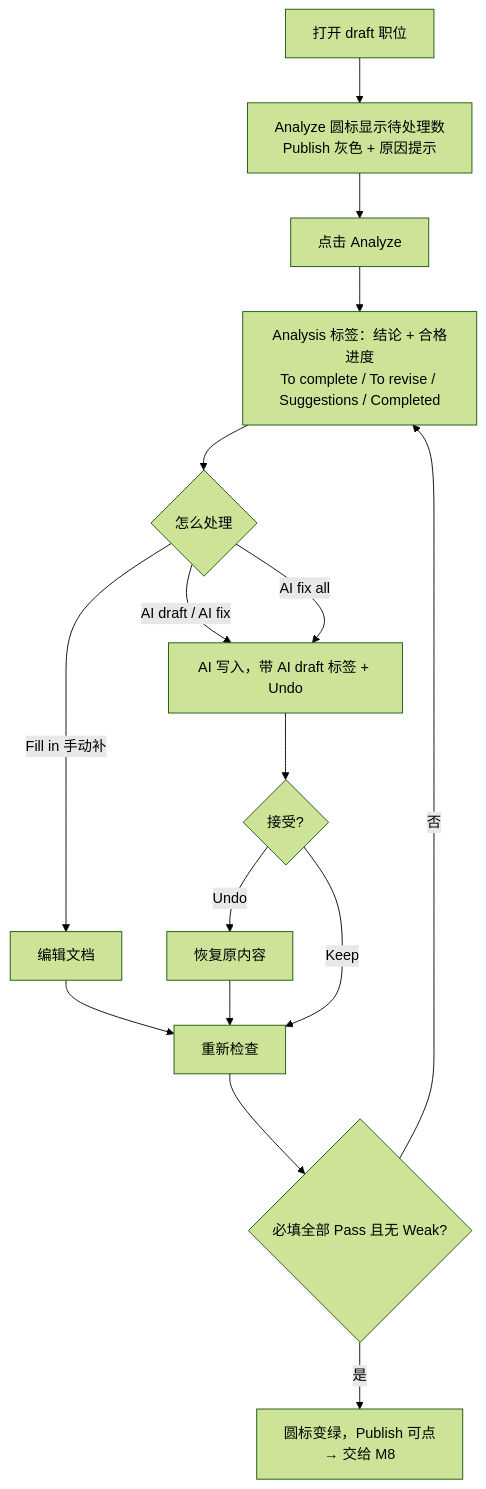
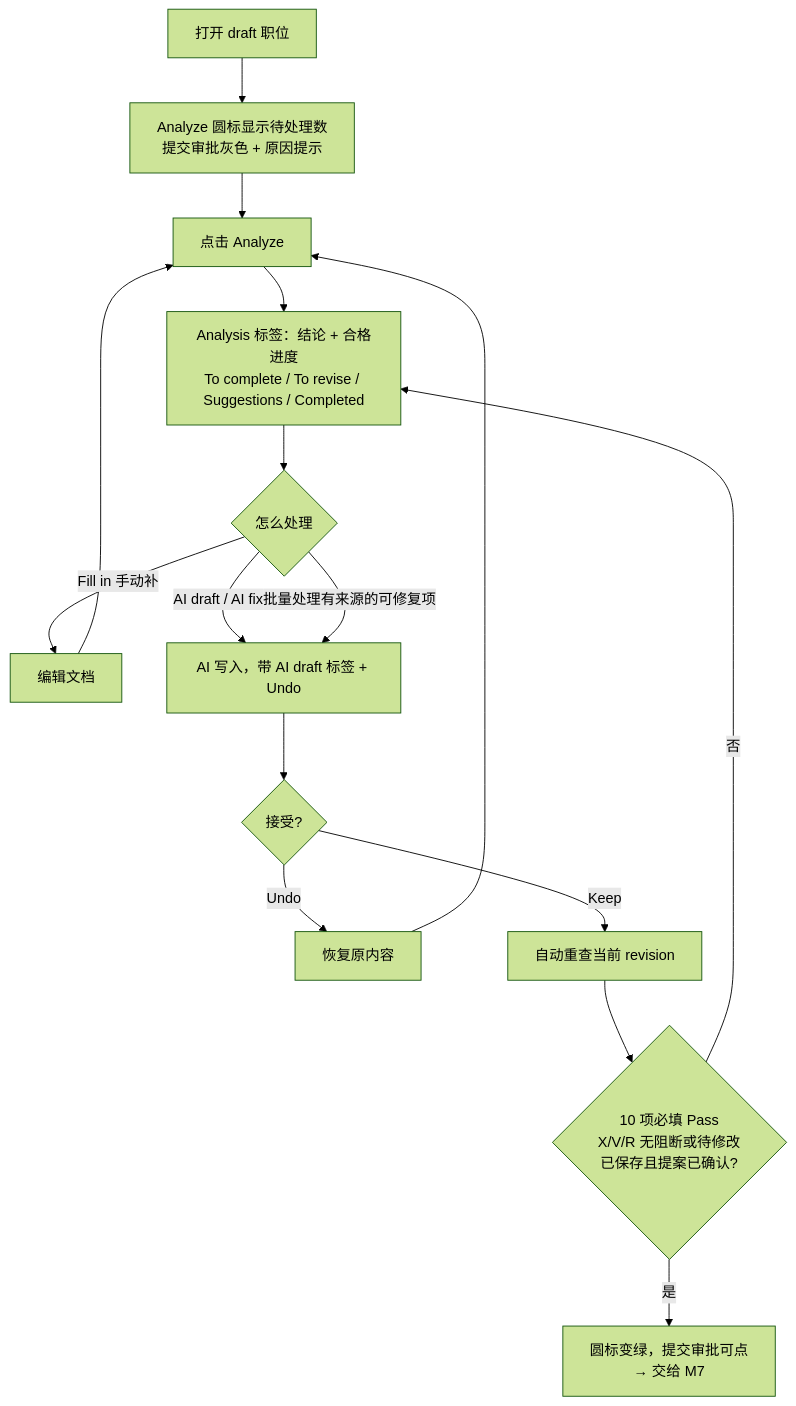
The seventh of 10 diagrams in docs/product/JD_Management/HireOS_Command_JD_Management_Module_User_Journeys_v1.0.md (TelyAgent/HireOSV2), drawn with Mermaid (forest theme) before and after one commit. The commit also changed other lines of this file and 327 other files, not shown here.

````diff
--- a/docs/product/JD_Management/HireOS_Command_JD_Management_Module_User_Journeys_v1.0.md
+++ b/docs/product/JD_Management/HireOS_Command_JD_Management_Module_User_Journeys_v1.0.md
@@ -398,18 +398,18 @@
 ```mermaid
 flowchart TD
-  O[打开 draft 职位] --> B[Analyze 圆标显示待处理数<br/>Publish 灰色 + 原因提示]
+  O[打开 draft 职位] --> B[Analyze 圆标显示待处理数<br/>提交审批灰色 + 原因提示]
   B --> A[点击 Analyze]
   A --> R[Analysis 标签：结论 + 合格进度<br/>To complete / To revise / Suggestions / Completed]
   R --> D{怎么处理}
   D -->|Fill in 手动补| E[编辑文档]
   D -->|AI draft / AI fix| F[AI 写入，带 AI draft 标签 + Undo]
-  D -->|AI fix all| F
+  D -->|批量处理有来源的可修复项| F
   F --> K{接受?}
   K -->|Undo| E0[恢复原内容]
-  K -->|Keep| G
-  E --> G[重新检查]
-  E0 --> G
-  G --> H{必填全部 Pass 且无 Weak?}
+  K -->|Keep| G[自动重查当前 revision]
+  E --> A
+  E0 --> A
+  G --> H{10 项必填 Pass<br/>X/V/R 无阻断或待修改<br/>已保存且提案已确认?}
   H -->|否| R
-  H -->|是| P[圆标变绿，Publish 可点<br/>→ 交给 M8]
+  H -->|是| P[圆标变绿，提交审批可点<br/>→ 交给 M7]
 ```
````
